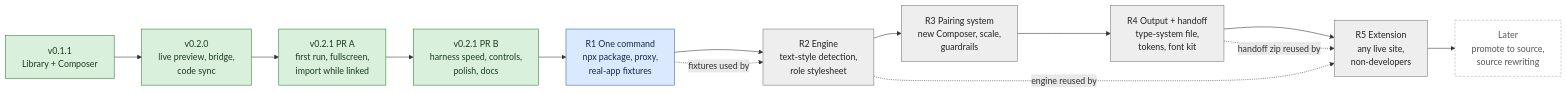
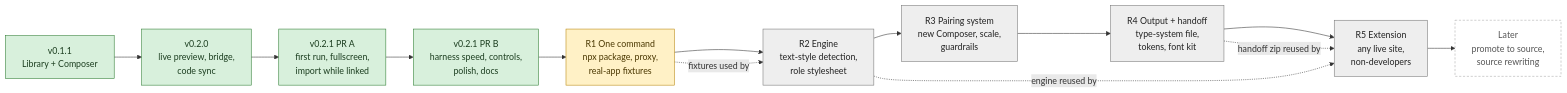
The diagram in docs/plans/2026-10-03-roadmap.md (pterw/font-kit-studio), drawn with Mermaid before and after one commit. The commit also changed other lines of this file and 7 other files, not shown here.

````diff
--- a/docs/plans/2026-10-03-roadmap.md
+++ b/docs/plans/2026-10-03-roadmap.md
@@ -25,24 +25,24 @@
 ```mermaid
 flowchart LR
     classDef done fill:#d8f0dc,stroke:#2e7d32,color:#1b3d1f
     classDef active fill:#fff1c6,stroke:#b8860b,color:#4a3700
     classDef next fill:#dbe9ff,stroke:#2f5fb3,color:#14284d
     classDef planned fill:#eeeeee,stroke:#777,color:#222
     classDef later fill:#ffffff,stroke:#aaa,color:#555,stroke-dasharray:4 3
 
     V01["v0.1.1<br/>Library + Composer"]:::done
     V02["v0.2.0<br/>live preview, bridge,<br/>code sync"]:::done
     PRA["v0.2.1 PR A<br/>first run, fullscreen,<br/>import while linked"]:::done
     PRB["v0.2.1 PR B<br/>harness speed, controls,<br/>polish, docs"]:::done
-    R1["R1 One command<br/>npx package, proxy,<br/>real-app fixtures"]:::next
+    R1["R1 One command<br/>npx package, proxy,<br/>real-app fixtures"]:::active
     R2["R2 Engine<br/>text-style detection,<br/>role stylesheet"]:::planned
     R3["R3 Pairing system<br/>new Composer, scale,<br/>guardrails"]:::planned
     R4["R4 Output + handoff<br/>type-system file,<br/>tokens, font kit"]:::planned
     R5["R5 Extension<br/>any live site,<br/>non-developers"]:::planned
     L["Later<br/>promote to source,<br/>source rewriting"]:::later
 
     V01 --> V02 --> PRA --> PRB --> R1 --> R2 --> R3 --> R4 --> R5 --> L
     R1 -. fixtures used by .-> R2
     R2 -. engine reused by .-> R5
     R4 -. handoff zip reused by .-> R5
 ```
````
